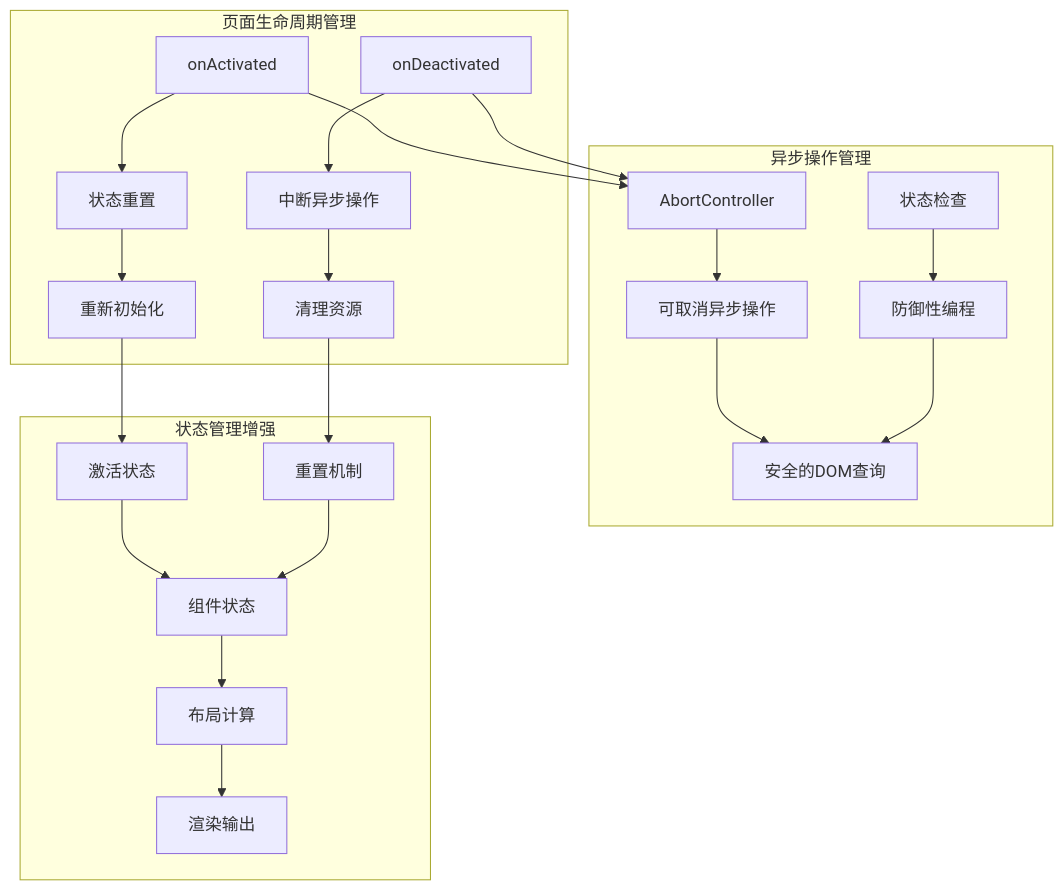
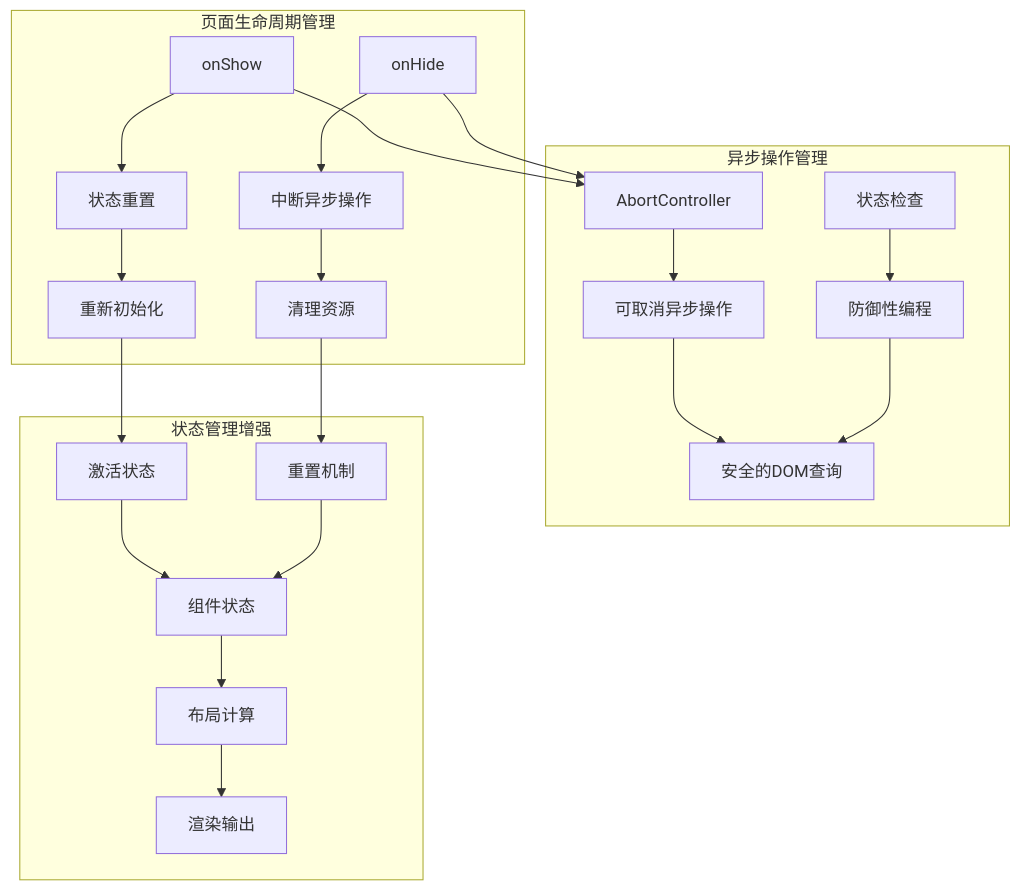
One commit to TAYUN/sard-uniapp changed the diagram in .kiro/specs/waterfall-bug-fix/design.md. Above: the diagram before and after it, drawn with Mermaid. The commit also changed other lines of this file and 8 other files, not shown here.

````diff
--- a/.kiro/specs/waterfall-bug-fix/design.md
+++ b/.kiro/specs/waterfall-bug-fix/design.md
@@ -88,28 +88,28 @@
 ```mermaid
 graph TB
     subgraph "页面生命周期管理"
-        A[onActivated] --> B[状态重置]
-        C[onDeactivated] --> D[中断异步操作]
+        A[onShow] --> B[状态重置]
+        C[onHide] --> D[中断异步操作]
         B --> E[重新初始化]
         D --> F[清理资源]
     end
 
     subgraph "异步操作管理"
         G[AbortController] --> H[可取消异步操作]
         I[状态检查] --> J[防御性编程]
         H --> K[安全的DOM查询]
         J --> K
     end
 
     subgraph "状态管理增强"
         L[激活状态] --> M[组件状态]
         N[重置机制] --> M
         M --> O[布局计算]
         O --> P[渲染输出]
     end
 
     A --> G
     C --> G
     E --> L
     F --> N
 ```
````
